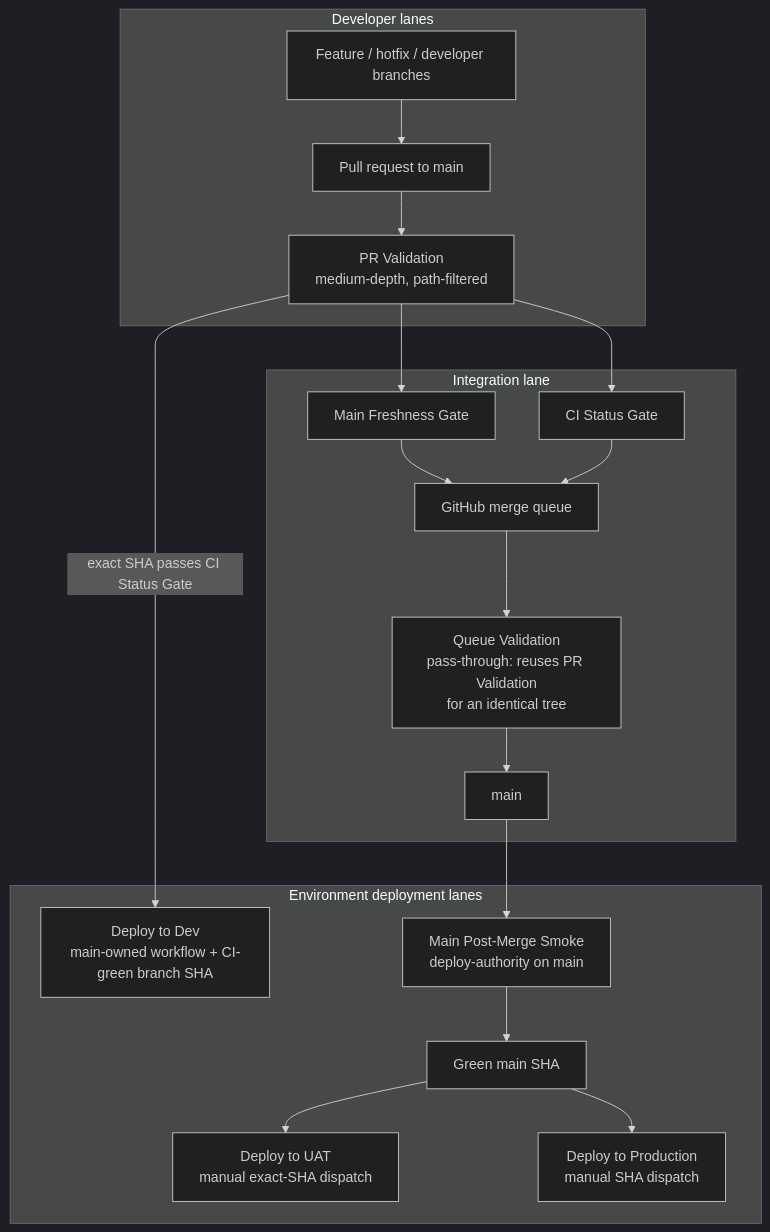
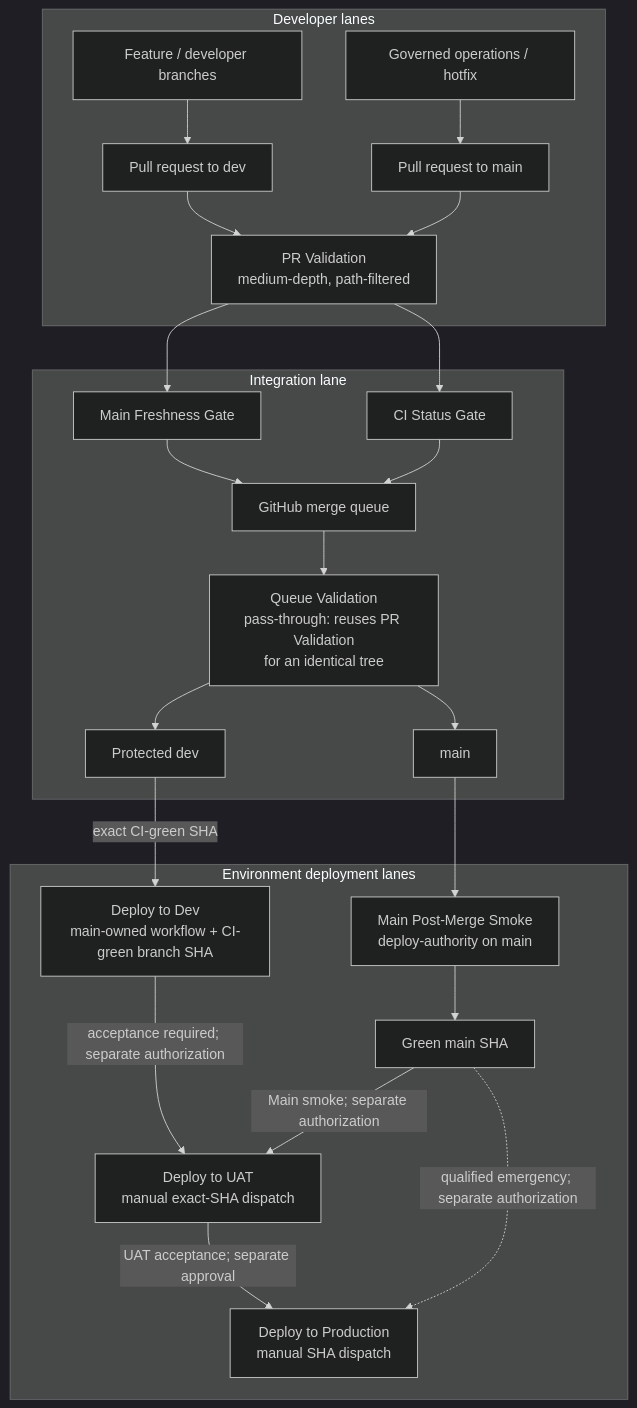
The diagram in docs/reference/operations/ci.md (hushh-labs/hushh-research), drawn with Mermaid (dark theme) before and after one commit. The commit also changed other lines of this file and 9 other files, not shown here.

Commit message:
Clarify DevOps lanes and avoid repeated layout coverage

````diff
--- a/docs/reference/operations/ci.md
+++ b/docs/reference/operations/ci.md
@@ -13,34 +13,41 @@
 ```mermaid
 flowchart TB
   subgraph dev["Developer lanes"]
-    feat["Feature / hotfix / developer branches"]
-    pr["Pull request to main"]
+    feat["Feature / developer branches"]
+    ops["Governed operations / hotfix"]
+    prdev["Pull request to dev"]
+    prmain["Pull request to main"]
     prci["PR Validation<br/>medium-depth, path-filtered"]
   end
 
   subgraph integration["Integration lane"]
     freshness["Main Freshness Gate"]
     status["CI Status Gate"]
     queueci["Queue Validation<br/>pass-through: reuses PR Validation<br/>for an identical tree"]
     queue["GitHub merge queue"]
+    devbranch["Protected dev"]
     main["main"]
   end
 
   subgraph release["Environment deployment lanes"]
     devdeploy["Deploy to Dev<br/>main-owned workflow + CI-green branch SHA"]
     green["Green main SHA"]
     smoke["Main Post-Merge Smoke<br/>deploy-authority on main"]
     uat["Deploy to UAT<br/>manual exact-SHA dispatch"]
     prod["Deploy to Production<br/>manual SHA dispatch"]
   end
 
-  feat --> pr --> prci
+  feat --> prdev --> prci
+  ops --> prmain --> prci
   prci --> freshness
   prci --> status
-  prci -->|"exact SHA passes CI Status Gate"| devdeploy
   freshness --> queue
   status --> queue
-  queue --> queueci --> main --> smoke --> green
-  green --> uat
-  green --> prod
+  queue --> queueci
+  queueci --> devbranch -->|"exact CI-green SHA"| devdeploy
+  queueci --> main --> smoke --> green
+  devdeploy -->|"acceptance required; separate authorization"| uat
+  green -->|"Main smoke; separate authorization"| uat
+  uat -->|"UAT acceptance; separate approval"| prod
+  green -.->|"qualified emergency; separate authorization"| prod
 ```
````
